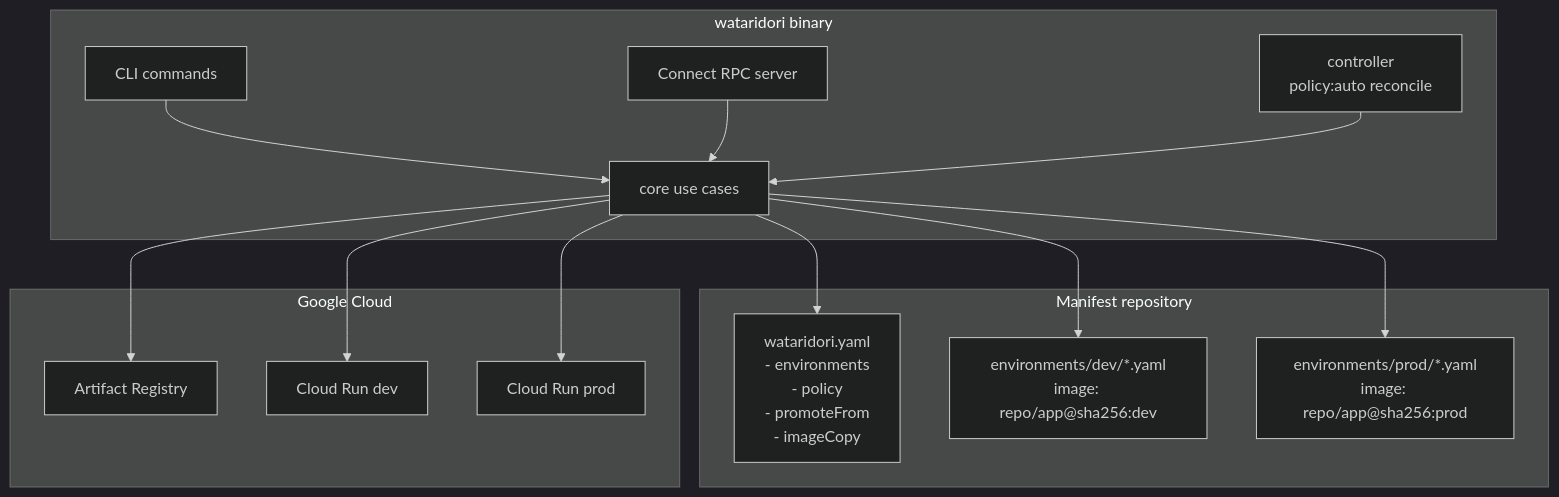
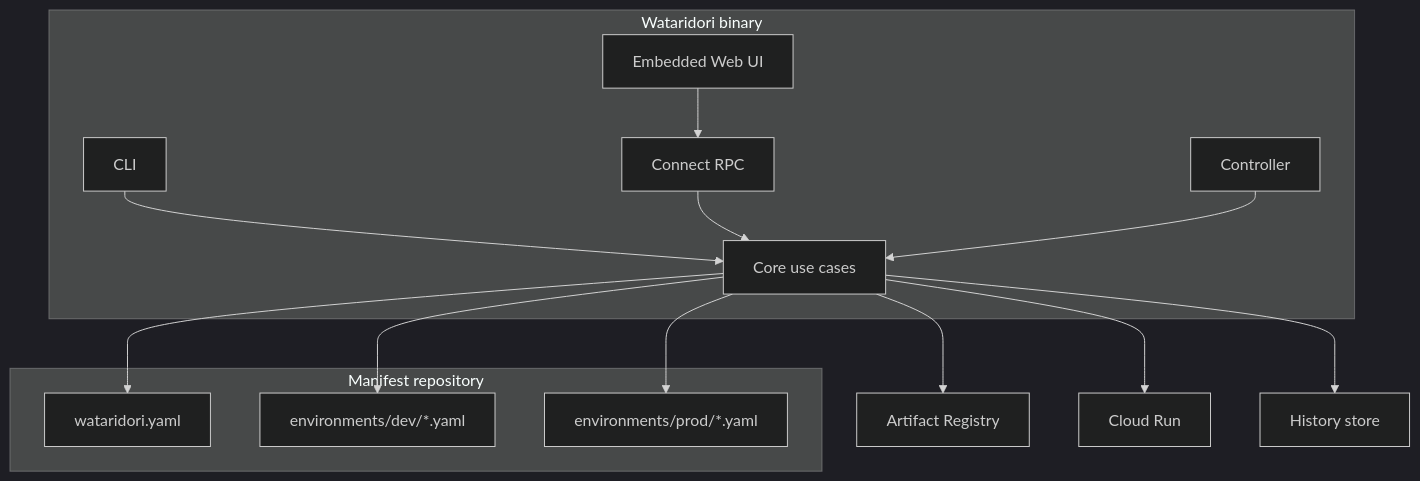
The first of 7 diagrams in docs/system-flow.md (Retr0413/wataridori), drawn with Mermaid (dark theme) before and after one commit. The commit also changed other lines of this file and 15 other files, not shown here.

````diff
--- a/docs/system-flow.md
+++ b/docs/system-flow.md
@@ -46,31 +8,27 @@
 ```mermaid
 flowchart TB
     subgraph Repo["Manifest repository"]
-        Config["wataridori.yaml\n- environments\n- policy\n- promoteFrom\n- imageCopy"]
-        DevManifest["environments/dev/*.yaml\nimage: repo/app@sha256:dev"]
-        ProdManifest["environments/prod/*.yaml\nimage: repo/app@sha256:prod"]
+        Config["wataridori.yaml"]
+        Dev["environments/dev/*.yaml"]
+        Prod["environments/prod/*.yaml"]
     end
 
-    subgraph Wataridori["wataridori binary"]
-        CLI["CLI commands"]
-        Server["Connect RPC server"]
-        Controller["controller\npolicy:auto reconcile"]
-        Core["core use cases"]
+    subgraph W["Wataridori binary"]
+        CLI["CLI"]
+        API["Connect RPC"]
+        UI["Embedded Web UI"]
+        Ctrl["Controller"]
+        Core["Core use cases"]
     end
 
-    subgraph GCP["Google Cloud"]
-        AR["Artifact Registry"]
-        CRDev["Cloud Run dev"]
-        CRProd["Cloud Run prod"]
-    end
-
+    UI --> API
     CLI --> Core
-    Server --> Core
-    Controller --> Core
+    API --> Core
+    Ctrl --> Core
     Core --> Config
-    Core --> DevManifest
-    Core --> ProdManifest
-    Core --> AR
-    Core --> CRDev
-    Core --> CRProd
+    Core --> Dev
+    Core --> Prod
+    Core --> AR["Artifact Registry"]
+    Core --> Run["Cloud Run"]
+    Core --> DB["History store"]
 ```
````
